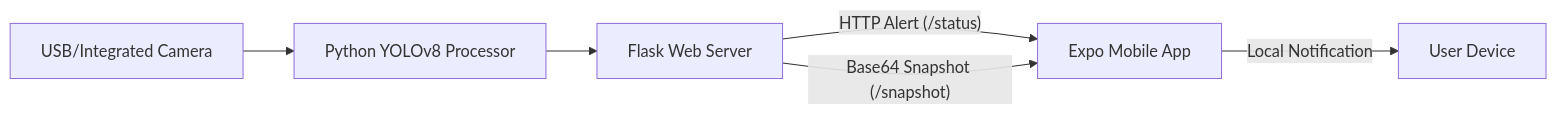
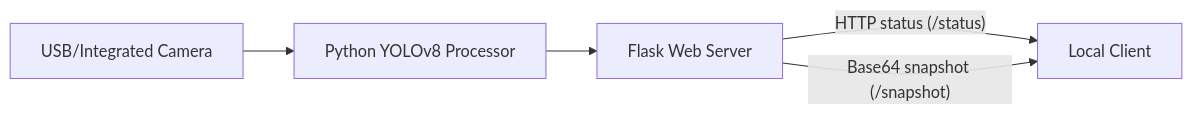
One commit to gokturkgocen/yolo_eye_security changed the diagram in README.md. Above: the diagram before and after it, drawn with Mermaid. The commit also changed other lines of this file, not shown here.

Commit message:
docs: align README with public snapshot

````diff
--- a/README.md
+++ b/README.md
@@ -19,8 +24,7 @@
 ```mermaid
 graph LR
     Camera[USB/Integrated Camera] --> YOLO[Python YOLOv8 Processor]
     YOLO --> Flask[Flask Web Server]
-    Flask -- "HTTP Alert (/status)" --> App[Expo Mobile App]
-    Flask -- "Base64 Snapshot (/snapshot)" --> App
-    App -- "Local Notification" --> User[User Device]
+    Flask -- "HTTP status (/status)" --> Client[Local Client]
+    Flask -- "Base64 snapshot (/snapshot)" --> Client
 ```
````
